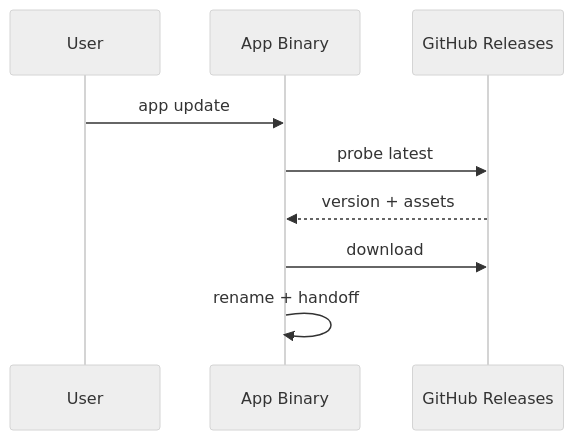
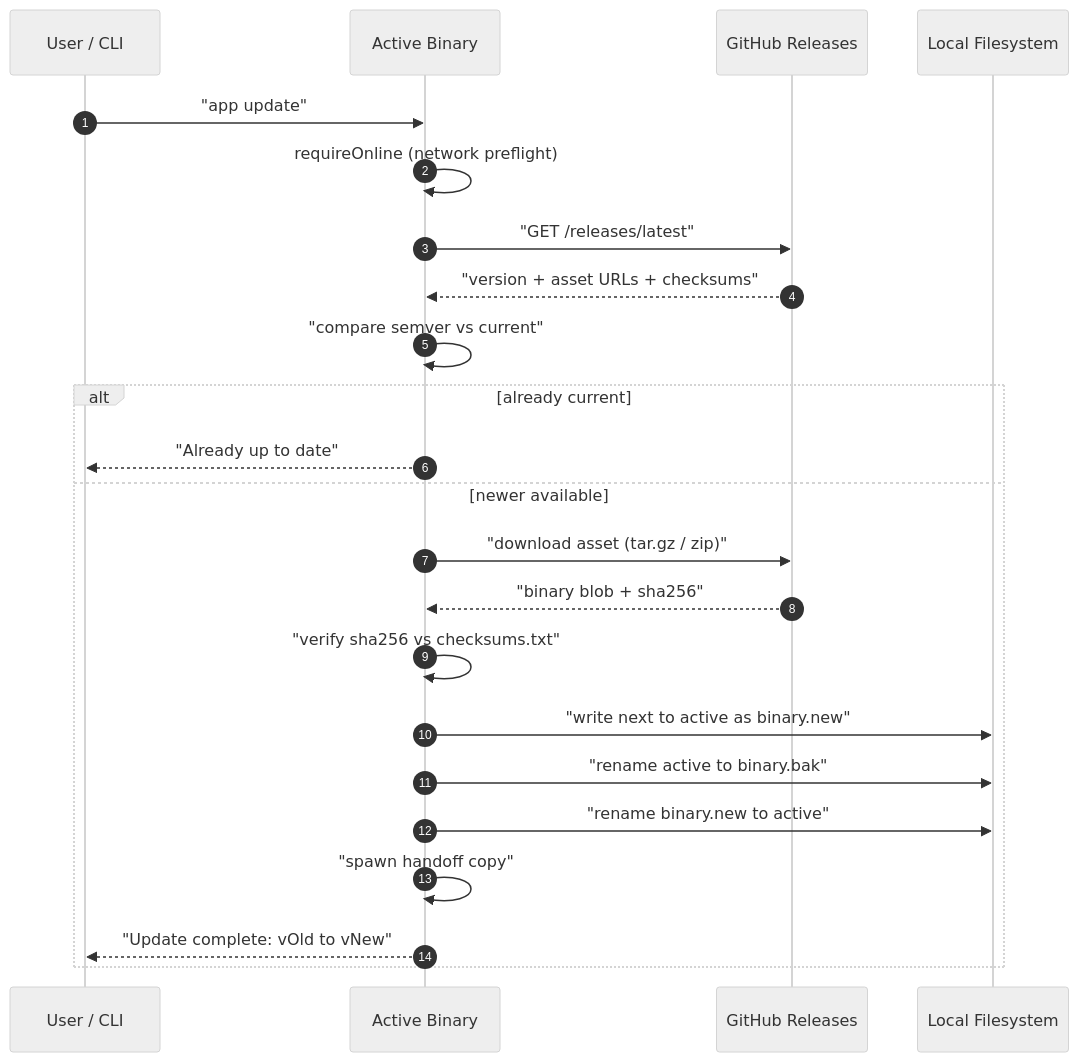
Before and after one commit to alimtvnetwork/coding-guidelines-v24: the diagram in spec/14-update/images/self-update-flow.mmd, drawn with Mermaid (neutral theme). The commit also changed 6 other files, not shown here.

```diff
--- a/spec/14-update/images/self-update-flow.mmd
+++ b/spec/14-update/images/self-update-flow.mmd
@@ -1,11 +1,33 @@
-%% Self-Update End-to-End Flow — placeholder.
-%% TODO: Sequence diagram covering install, probe, download, verify, rename, exec.
+%% ==========================================================
+%% NON-AUTHORITATIVE PROJECTION
+%% ==========================================================
+%% Subject:        Self-update end-to-end flow (probe -> download -> verify -> rename -> handoff)
+%% Authoritative:  spec/14-update/01-self-update-overview.md + 03-rename-first-deploy.md
+%%                 + 05-handoff-mechanism.md + 09-version-verification.md + 14-checksums-verification.md
+%% Status:         Illustrative only. If this diagram disagrees with the cited specs, the spec wins.
+%% Banner version: 1.0.0 (2026-05-07)
+%% ==========================================================
 sequenceDiagram
-    participant U as User
-    participant App as App Binary
+    autonumber
+    participant U as User / CLI
+    participant App as Active Binary
     participant GH as GitHub Releases
-    U->>App: app update
-    App->>GH: probe latest
-    GH-->>App: version + assets
-    App->>GH: download
-    App->>App: rename + handoff
+    participant FS as Local Filesystem
+
+    U->>App: "app update"
+    App->>App: requireOnline (network preflight)
+    App->>GH: "GET /releases/latest"
+    GH-->>App: "version + asset URLs + checksums"
+    App->>App: "compare semver vs current"
+    alt already current
+        App-->>U: "Already up to date"
+    else newer available
+        App->>GH: "download asset (tar.gz / zip)"
+        GH-->>App: "binary blob + sha256"
+        App->>App: "verify sha256 vs checksums.txt"
+        App->>FS: "write next to active as binary.new"
+        App->>FS: "rename active to binary.bak"
+        App->>FS: "rename binary.new to active"
+        App->>App: "spawn handoff copy"
+        App-->>U: "Update complete: vOld to vNew"
+    end
```
